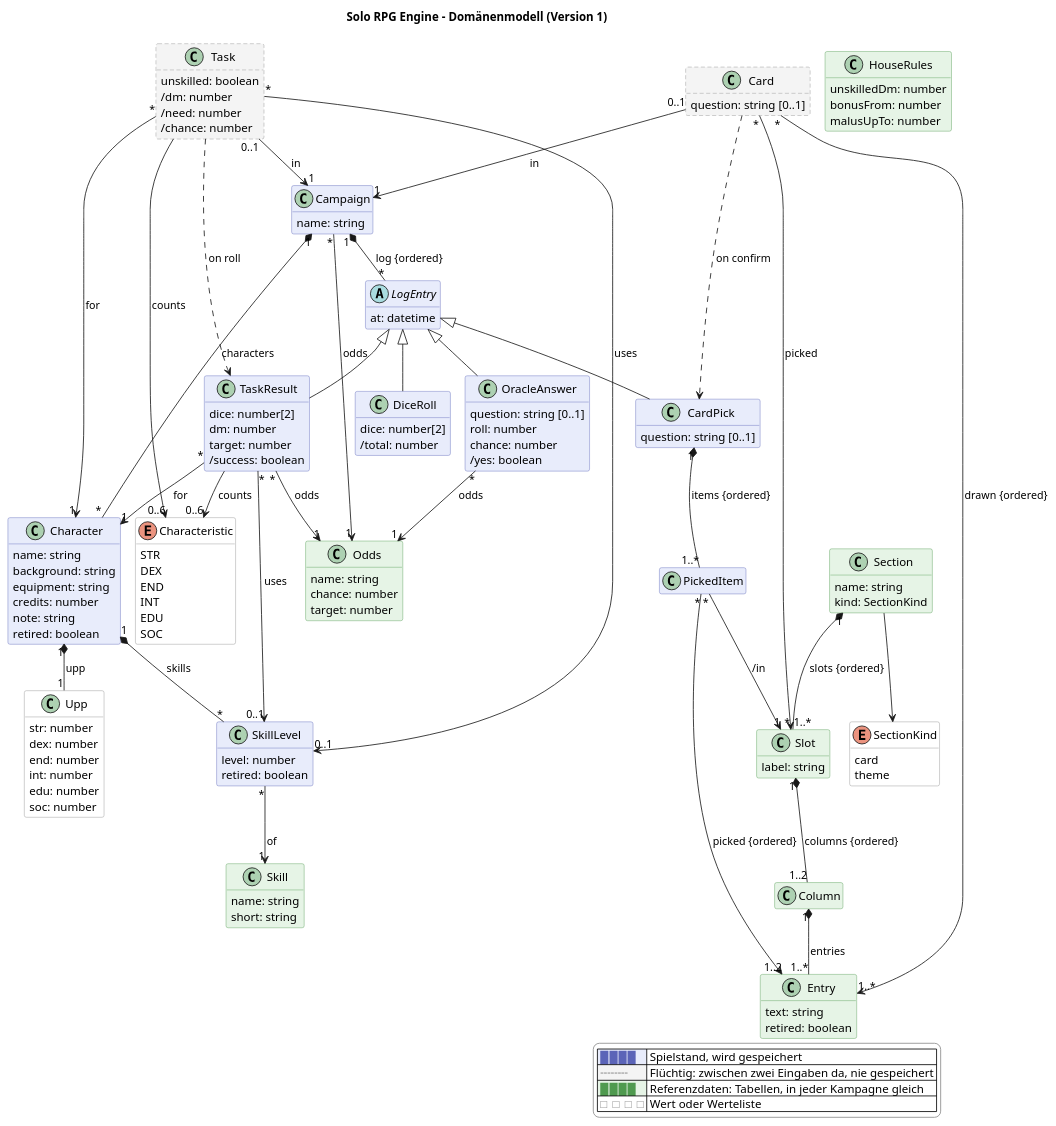
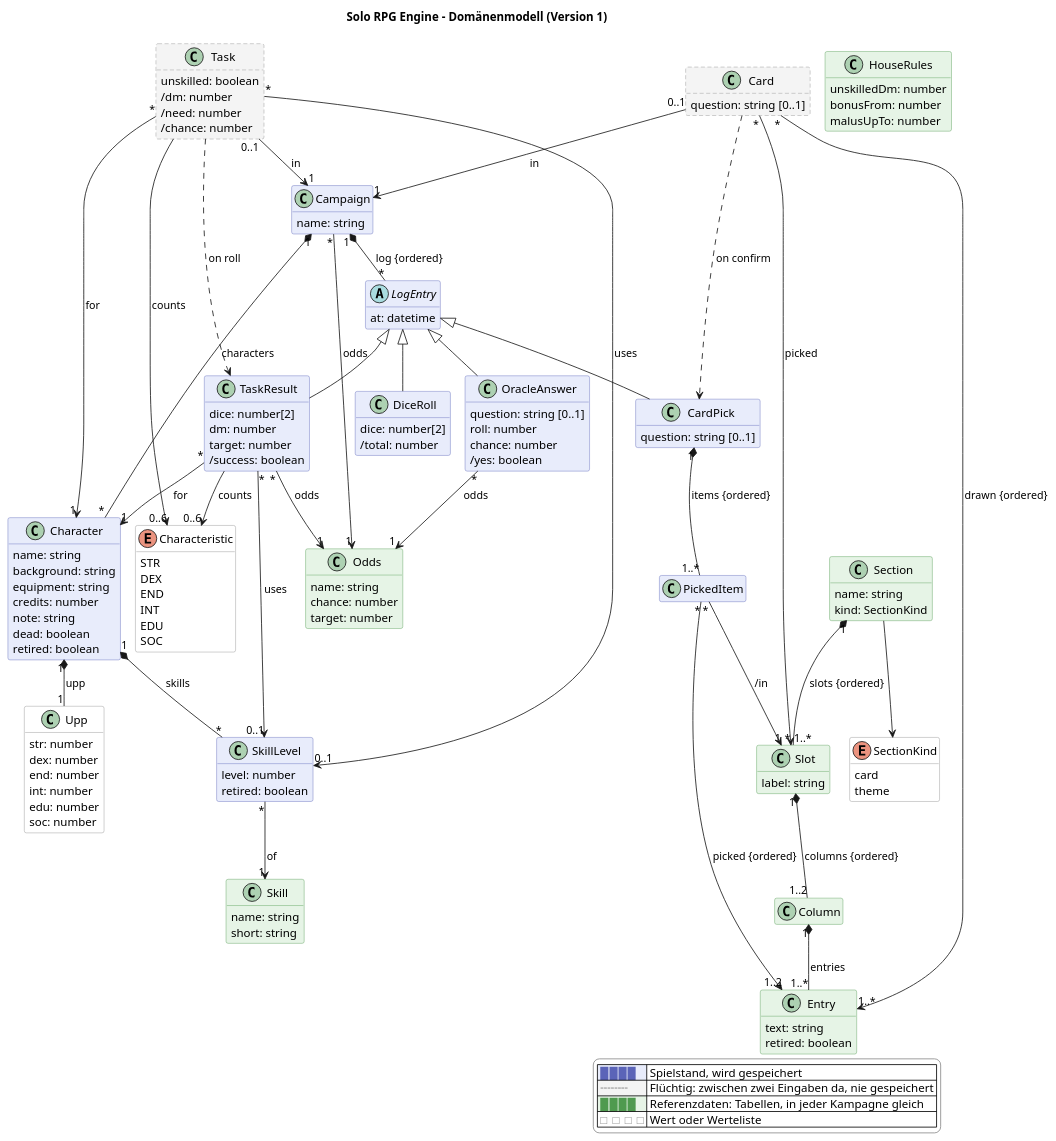
The diagram in docs/domain-model.puml (scuzzar/SRE), drawn with PlantUML before and after one commit. The commit also changed 2 other files, not shown here.

```diff
--- a/docs/domain-model.puml
+++ b/docs/domain-model.puml
@@ -3,183 +3,184 @@
 @startuml
 !pragma layout smetana
 title Solo RPG Engine – Domänenmodell (Version 1)
 hide empty members
 hide methods
 skinparam classAttributeIconSize 0
 skinparam shadowing false
 skinparam packageStyle rectangle
 skinparam class {
   BackgroundColor #e8ecfb
   BorderColor #5b64b8
   BackgroundColor<<transient>> #f4f4f4
   BorderColor<<transient>> #8a8a8a
   BackgroundColor<<reference>> #e6f4e6
   BorderColor<<reference>> #4f9a4f
   BackgroundColor<<value>> #ffffff
   BorderColor<<value>> #8a8a8a
 }
 skinparam legendBackgroundColor #ffffff
 skinparam legendBorderColor #8a8a8a
 <style>
 classDiagram {
   class {
     .transient {
       LineStyle 5-3
     }
   }
 }
 </style>
 hide <<transient>> stereotype
 hide <<reference>> stereotype
 hide <<value>> stereotype
 
 ' Kampagne und Charaktere
   class Campaign {
     name: string
   }
   class Character {
     name: string
     background: string
     equipment: string
     credits: number
     note: string
+    dead: boolean
     retired: boolean
   }
   class Upp <<value>> {
     str: number
     dex: number
     end: number
     int: number
     edu: number
     soc: number
   }
   class SkillLevel {
     level: number
     retired: boolean
   }
 
 ' Verlauf
   abstract class LogEntry {
     at: datetime
   }
   class OracleAnswer {
     question: string [0..1]
     roll: number
     chance: number
     /yes: boolean
   }
   class DiceRoll {
     dice: number[2]
     /total: number
   }
   class CardPick {
     question: string [0..1]
   }
   class PickedItem
 
 ' Entwürfe: flüchtig, zwischen zwei Eingaben da, nie gespeichert (im Code: model/draft/)
   class Card <<transient>> {
     question: string [0..1]
   }
   class Task <<transient>> {
     unskilled: boolean
     /dm: number
     /need: number
     /chance: number
   }
   class TaskResult {
     dice: number[2]
     dm: number
     target: number
     /success: boolean
   }
 
 ' Referenzdaten
   class Odds <<reference>> {
     name: string
     chance: number
     target: number
   }
   class HouseRules <<reference>> {
     unskilledDm: number
     bonusFrom: number
     malusUpTo: number
   }
   class Skill <<reference>> {
     name: string
     short: string
   }
   class Section <<reference>> {
     name: string
     kind: SectionKind
   }
   class Slot <<reference>> {
     label: string
   }
   class Column <<reference>>
   class Entry <<reference>> {
     text: string
     retired: boolean
   }
   enum SectionKind <<value>> {
     card
     theme
   }
   enum Characteristic <<value>> {
     STR
     DEX
     END
     INT
     EDU
     SOC
   }
 
 ' Kampagne
 Campaign "1" *-- "*" Character : characters
 Campaign "*" --> "1" Odds : odds
 Campaign "1" *-- "*" LogEntry : log {ordered}
 
 ' Charakter
 Character "1" *-- "1" Upp : upp
 Character "1" *-- "*" SkillLevel : skills
 SkillLevel "*" --> "1" Skill : of
 
 ' Verlauf
 LogEntry <|-- OracleAnswer
 LogEntry <|-- DiceRoll
 LogEntry <|-- CardPick
 LogEntry <|-- TaskResult
 CardPick "1" *-- "1..*" PickedItem : items {ordered}
 OracleAnswer "*" --> "1" Odds : odds
 TaskResult "*" --> "1" Character : for
 TaskResult "*" --> "0..1" SkillLevel : uses
 TaskResult --> "0..6" Characteristic : counts
 TaskResult "*" --> "1" Odds : odds
 
 ' Probe
 Task "0..1" --> "1" Campaign : in
 Task "*" --> "1" Character : for
 Task "*" --> "0..1" SkillLevel : uses
 Task --> "0..6" Characteristic : counts
 Task ..> TaskResult : on roll
 
 ' Karte
 Card "0..1" --> "1" Campaign : in
 Card "*" --> "1..*" Entry : drawn {ordered}
 Card "*" --> "*" Slot : picked
 Card ..> CardPick : on confirm
 PickedItem "*" --> "1" Slot : /in
 PickedItem "*" --> "1..2" Entry : picked {ordered}
 Section "1" *-- "1..*" Slot : slots {ordered}
 Section --> SectionKind
 Slot "1" *-- "1..2" Column : columns {ordered}
 Column "1" *-- "1..*" Entry : entries
 
 
 legend right
   |<#e8ecfb> <color:#5b64b8>████</color> | Spielstand, wird gespeichert |
   |<#f4f4f4> <color:#8a8a8a>╌╌╌╌</color> | Flüchtig: zwischen zwei Eingaben da, nie gespeichert |
   |<#e6f4e6> <color:#4f9a4f>████</color> | Referenzdaten: Tabellen, in jeder Kampagne gleich |
   |<#ffffff> <color:#8a8a8a>□□□□</color> | Wert oder Werteliste |
 endlegend
 @enduml
```
